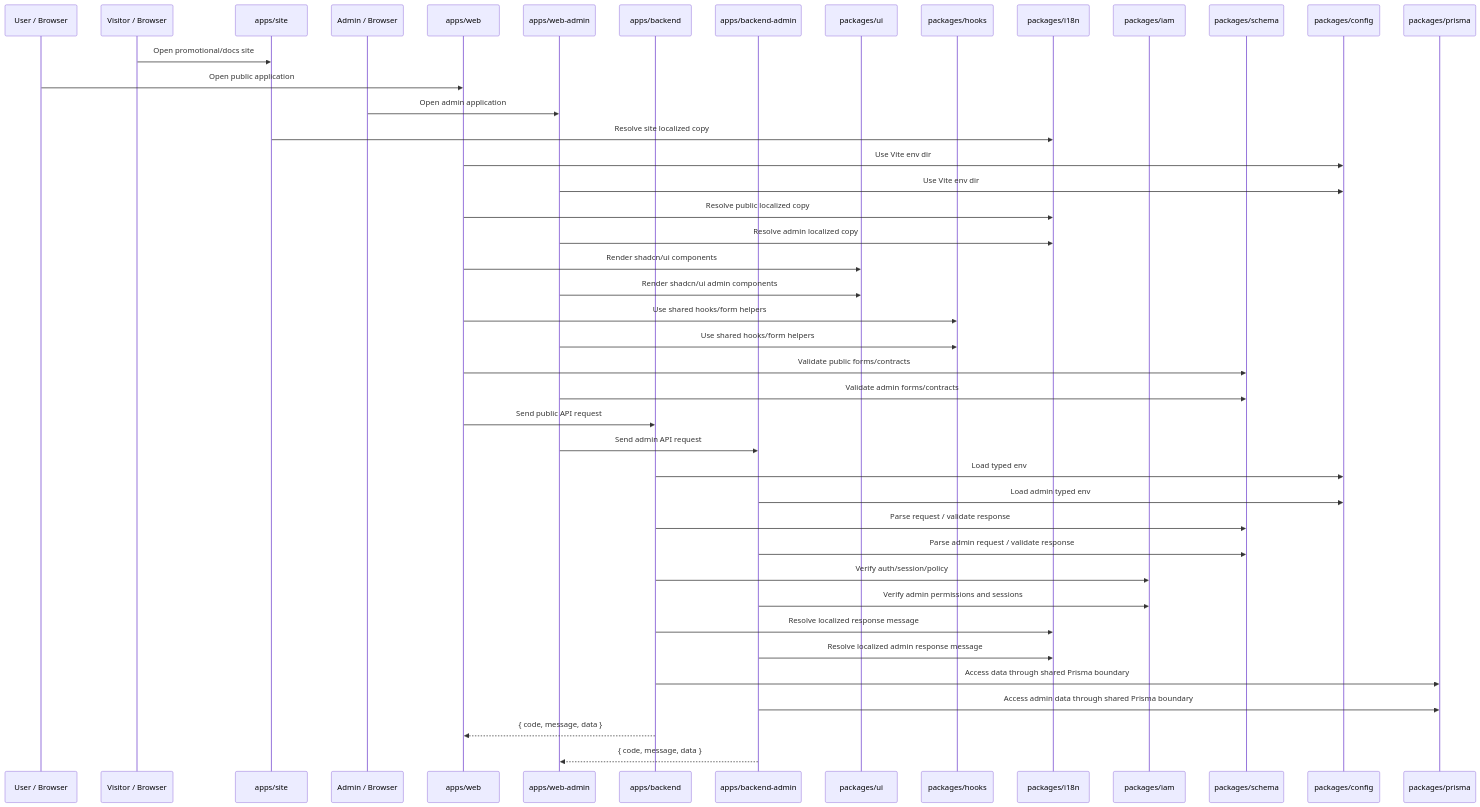
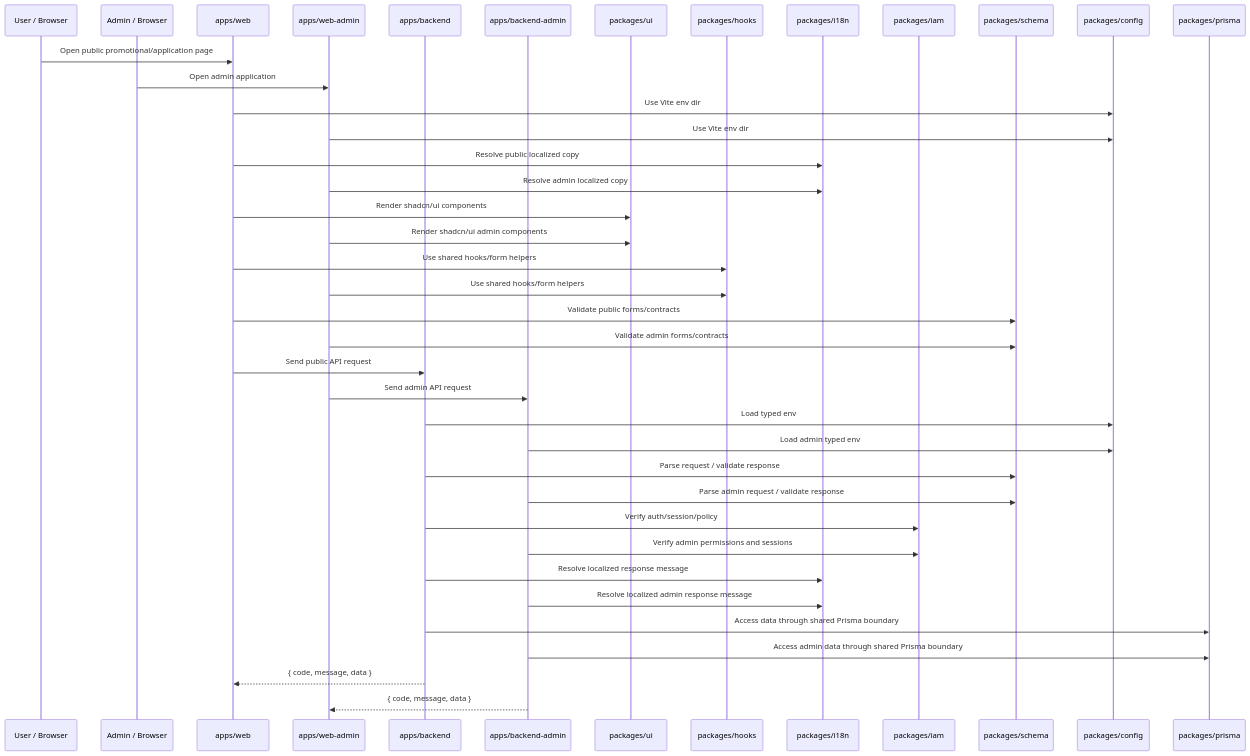
The diagram in docs/Logical Architecture Diagram/00-system-overview.md (tetap/tetap-agent-template), drawn with Mermaid before and after one commit. The commit also changed other lines of this file and 49 other files, not shown here.

Commit message:
refactor: move promotional landing to web app

````diff
--- a/docs/Logical Architecture Diagram/00-system-overview.md
+++ b/docs/Logical Architecture Diagram/00-system-overview.md
@@ -21,47 +21,43 @@
 ```mermaid
 sequenceDiagram
   participant User as User / Browser
-  participant Visitor as Visitor / Browser
-  participant Site as apps/site
   participant AdminUser as Admin / Browser
   participant Web as apps/web
   participant WebAdmin as apps/web-admin
   participant Backend as apps/backend
   participant Admin as apps/backend-admin
   participant UI as packages/ui
   participant Hooks as packages/hooks
   participant I18n as packages/i18n
   participant IAM as packages/iam
   participant Schema as packages/schema
   participant Config as packages/config
   participant Prisma as packages/prisma
 
-  Visitor->>Site: Open promotional/docs site
-  User->>Web: Open public application
+  User->>Web: Open public promotional/application page
   AdminUser->>WebAdmin: Open admin application
-  Site->>I18n: Resolve site localized copy
   Web->>Config: Use Vite env dir
   WebAdmin->>Config: Use Vite env dir
   Web->>I18n: Resolve public localized copy
   WebAdmin->>I18n: Resolve admin localized copy
   Web->>UI: Render shadcn/ui components
   WebAdmin->>UI: Render shadcn/ui admin components
   Web->>Hooks: Use shared hooks/form helpers
   WebAdmin->>Hooks: Use shared hooks/form helpers
   Web->>Schema: Validate public forms/contracts
   WebAdmin->>Schema: Validate admin forms/contracts
   Web->>Backend: Send public API request
   WebAdmin->>Admin: Send admin API request
   Backend->>Config: Load typed env
   Admin->>Config: Load admin typed env
   Backend->>Schema: Parse request / validate response
   Admin->>Schema: Parse admin request / validate response
   Backend->>IAM: Verify auth/session/policy
   Admin->>IAM: Verify admin permissions and sessions
   Backend->>I18n: Resolve localized response message
   Admin->>I18n: Resolve localized admin response message
   Backend->>Prisma: Access data through shared Prisma boundary
   Admin->>Prisma: Access admin data through shared Prisma boundary
   Backend-->>Web: { code, message, data }
   Admin-->>WebAdmin: { code, message, data }
 ```
````
